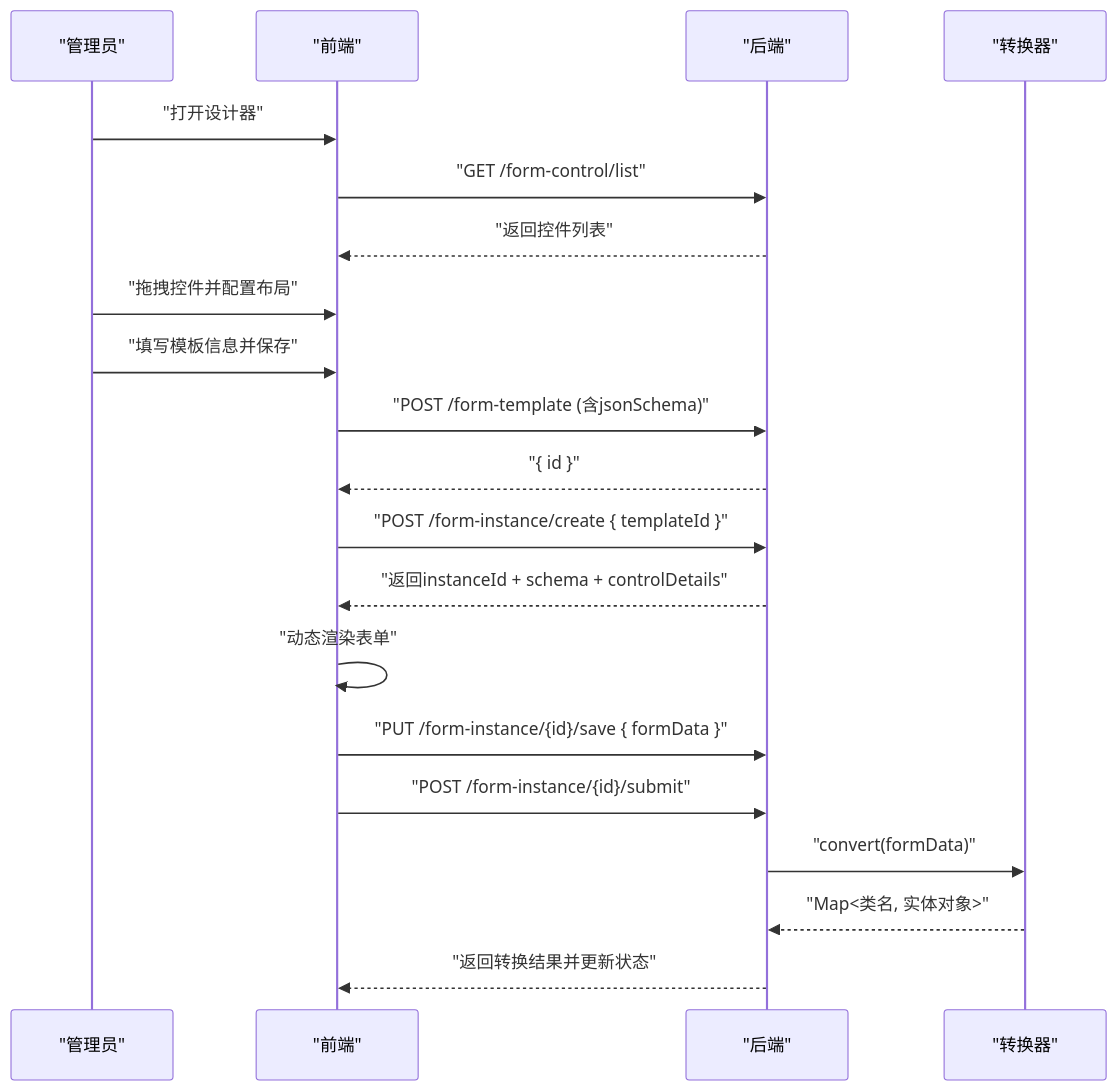
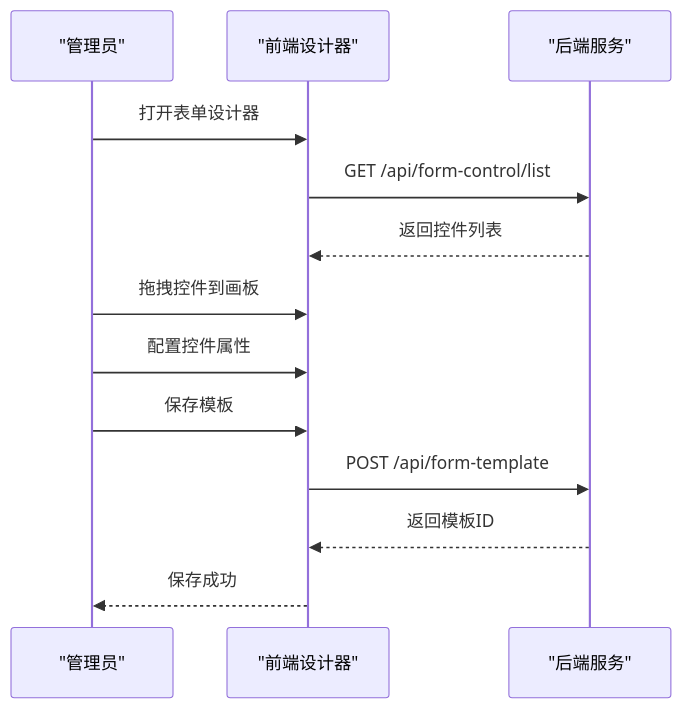
Before and after one commit to NJMrLi/genetics: the second of 3 diagrams in .qoder/repowiki/zh/content/项目概述.md, drawn with Mermaid. The commit also changed other lines of this file and 152 other files, not shown here.

````diff
--- a/.qoder/repowiki/zh/content/项目概述.md
+++ b/.qoder/repowiki/zh/content/项目概述.md
@@ -312,22 +312,15 @@
 ```mermaid
 sequenceDiagram
 participant Admin as "管理员"
-participant FE as "前端"
-participant BE as "后端"
-participant Conv as "转换器"
-Admin->>FE : "打开设计器"
-FE->>BE : "GET /form-control/list"
-BE-->>FE : "返回控件列表"
-Admin->>FE : "拖拽控件并配置布局"
-Admin->>FE : "填写模板信息并保存"
-FE->>BE : "POST /form-template (含jsonSchema)"
-BE-->>FE : "{ id }"
-FE->>BE : "POST /form-instance/create { templateId }"
-BE-->>FE : "返回instanceId + schema + controlDetails"
-FE->>FE : "动态渲染表单"
-FE->>BE : "PUT /form-instance/{id}/save { formData }"
-FE->>BE : "POST /form-instance/{id}/submit"
-BE->>Conv : "convert(formData)"
-Conv-->>BE : "Map<类名, 实体对象>"
-BE-->>FE : "返回转换结果并更新状态"
+participant FE as "前端设计器"
+participant BE as "后端服务"
+Admin->>FE : 打开表单设计器
+FE->>BE : GET /api/form-control/list
+BE-->>FE : 返回控件列表
+Admin->>FE : 拖拽控件到画板
+Admin->>FE : 配置控件属性
+Admin->>FE : 保存模板
+FE->>BE : POST /api/form-template
+BE-->>FE : 返回模板ID
+FE-->>Admin : 保存成功
 ```
````
